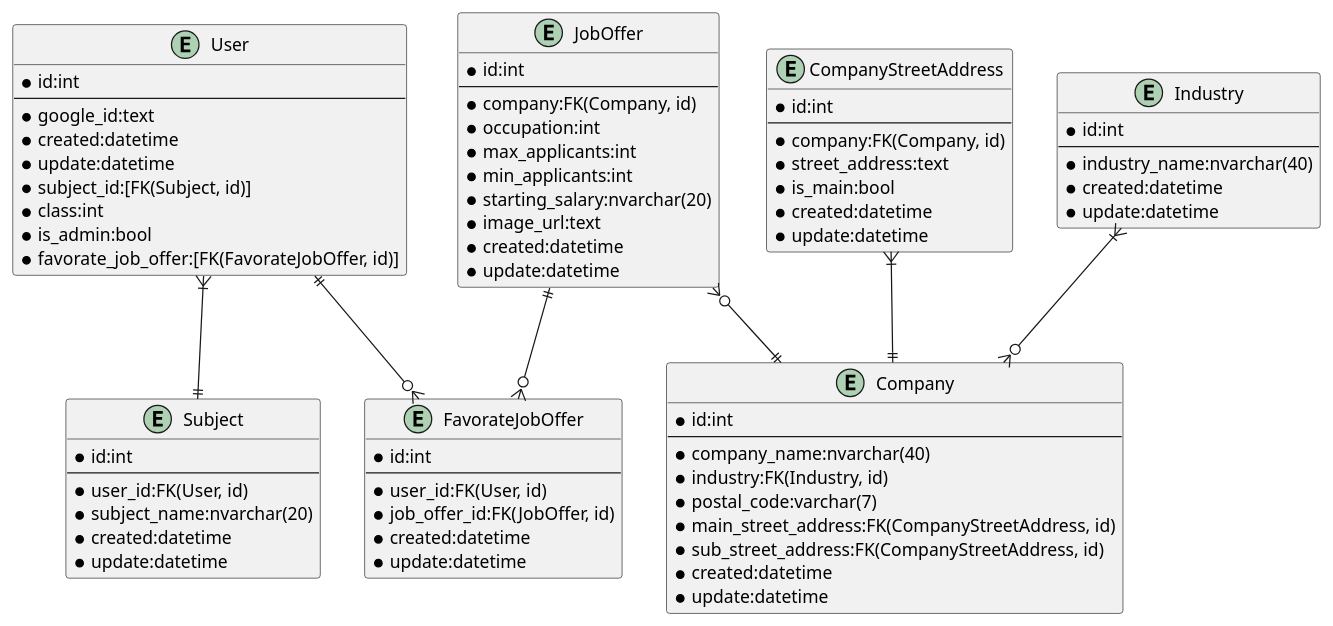
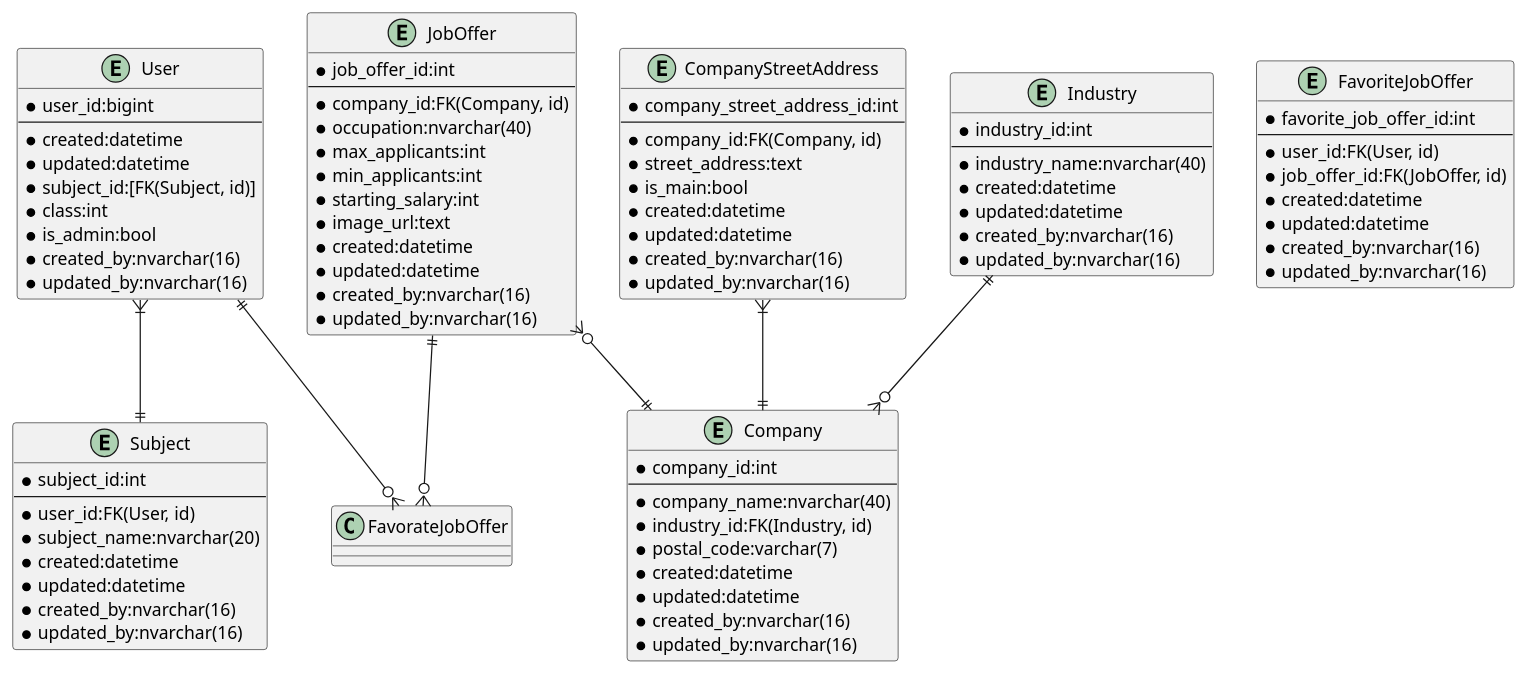
Before and after one commit to wgdp444/oic-job: the diagram in doc/ER.pu, drawn with PlantUML. The commit also changed 18 other files, not shown here.

```diff
--- a/doc/ER.pu
+++ b/doc/ER.pu
@@ -1,76 +1,86 @@
 @startuml ER図
 entity "User" {
-    *id:int
+    *user_id:bigint
     --
-    *google_id:text
     *created:datetime
-    *update:datetime
+    *updated:datetime
     *subject_id:[FK(Subject, id)]
     *class:int
     *is_admin:bool
-    *favorate_job_offer:[FK(FavorateJobOffer, id)]
+    *created_by:nvarchar(16)
+    *updated_by:nvarchar(16)
 }
 entity "Subject" {
-    *id:int
+    *subject_id:int
     --
     *user_id:FK(User, id)
     *subject_name:nvarchar(20)
     *created:datetime
-    *update:datetime
+    *updated:datetime
+    *created_by:nvarchar(16)
+    *updated_by:nvarchar(16)
 }
-entity "FavorateJobOffer" {
-    *id:int
+entity "FavoriteJobOffer" {
+    *favorite_job_offer_id:int
     --
     *user_id:FK(User, id)
     *job_offer_id:FK(JobOffer, id)
     *created:datetime
-    *update:datetime
+    *updated:datetime
+    *created_by:nvarchar(16)
+    *updated_by:nvarchar(16)
 }
 entity "JobOffer" {
-    *id:int
+    *job_offer_id:int
     --
-    *company:FK(Company, id)
-    *occupation:int
+    *company_id:FK(Company, id)
+    *occupation:nvarchar(40)
     *max_applicants:int
     *min_applicants:int
-    *starting_salary:nvarchar(20)
+    *starting_salary:int
     *image_url:text
     *created:datetime
-    *update:datetime
+    *updated:datetime
+    *created_by:nvarchar(16)
+    *updated_by:nvarchar(16)
 }
 entity "Company" {
-    *id:int
+    *company_id:int
     --
     *company_name:nvarchar(40)
-    *industry:FK(Industry, id)
+    *industry_id:FK(Industry, id)
     *postal_code:varchar(7)
-    *main_street_address:FK(CompanyStreetAddress, id)
-    *sub_street_address:FK(CompanyStreetAddress, id)
     *created:datetime
-    *update:datetime
+    *updated:datetime
+    *created_by:nvarchar(16)
+    *updated_by:nvarchar(16)
 }
 entity "CompanyStreetAddress" {
-    *id:int
+    *company_street_address_id:int
     --
-    *company:FK(Company, id)
+    *company_id:FK(Company, id)
     *street_address:text
     *is_main:bool
     *created:datetime
-    *update:datetime
+    *updated:datetime
+    *created_by:nvarchar(16)
+    *updated_by:nvarchar(16)
 }
 entity "Industry" {
-    *id:int
+    *industry_id:int
     --
     *industry_name:nvarchar(40)
     *created:datetime
-    *update:datetime
+    *updated:datetime
+    *created_by:nvarchar(16)
+    *updated_by:nvarchar(16)
 }
 
 CompanyStreetAddress }|--|| Company
-Industry }|--o{ Company
+Industry ||--o{ Company
 User ||--o{ FavorateJobOffer
 User }|--|| Subject
 JobOffer ||--o{ FavorateJobOffer
 JobOffer }o--|| Company
 
 @enduml
```
